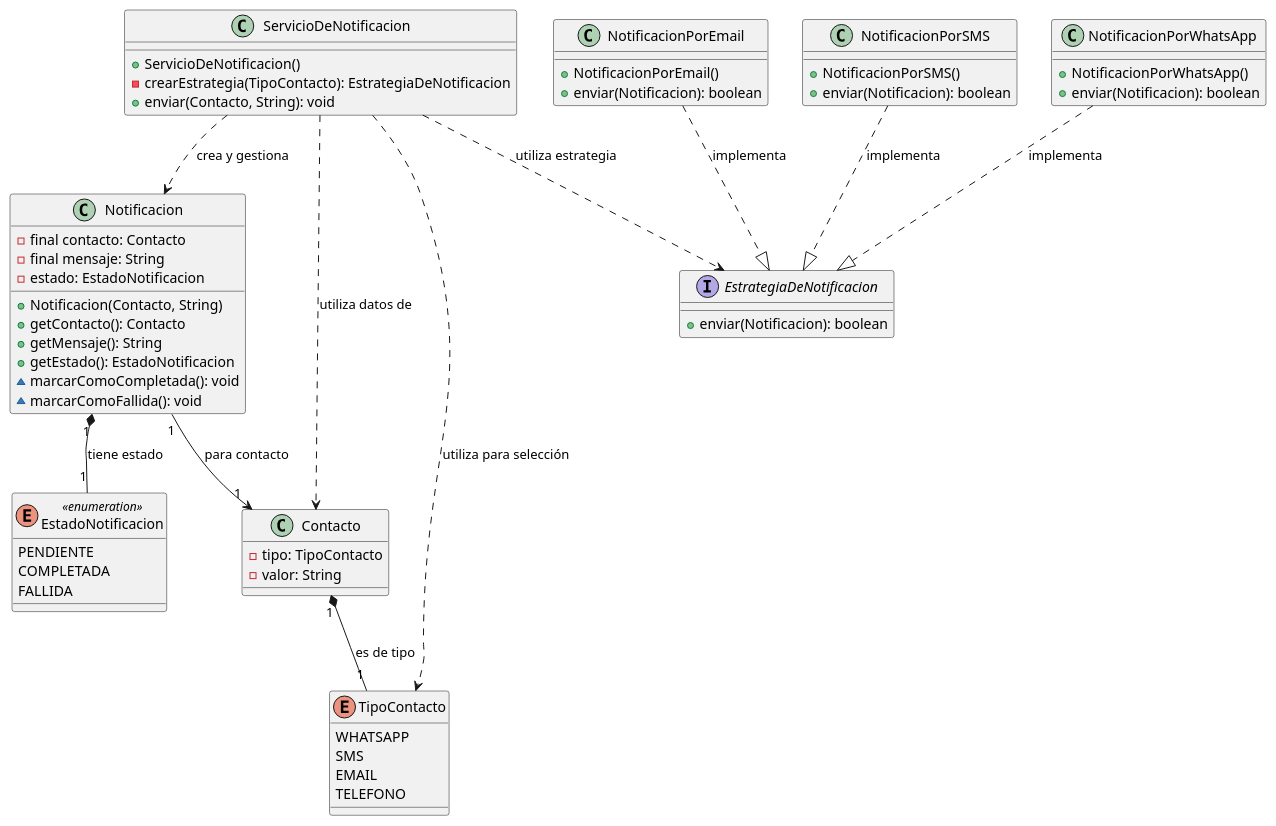
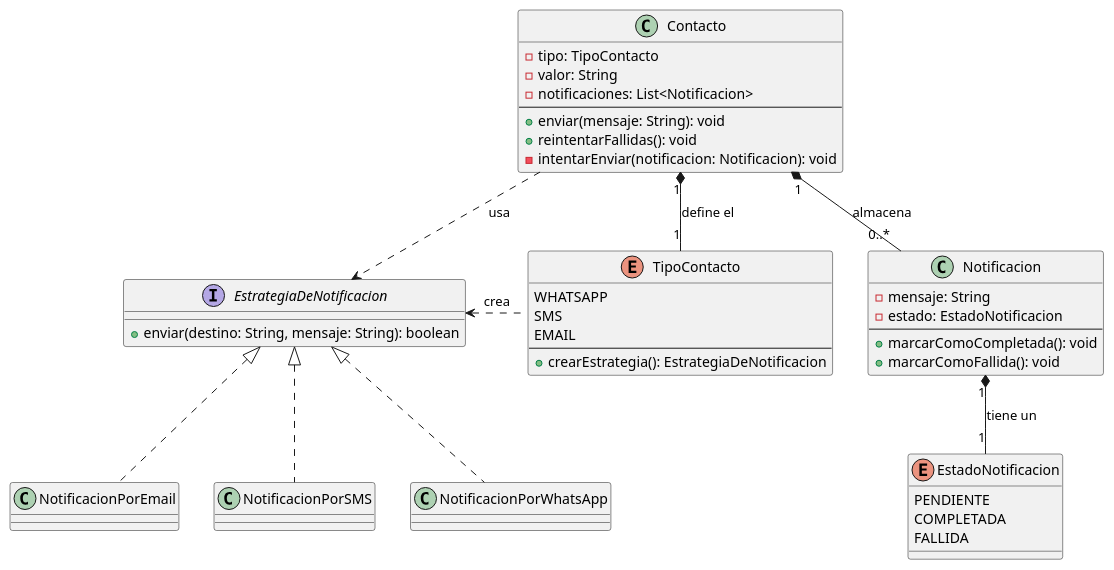
One commit to santiparis/dona-track changed the diagram in documentacion/entrega1/dc_notificacion.puml. Above: the diagram before and after it, drawn with PlantUML. The commit also changed 3 other files, not shown here.

Commit message:
Agrego diagramas

```diff
--- a/documentacion/entrega1/dc_notificacion.puml
+++ b/documentacion/entrega1/dc_notificacion.puml
@@ -1,73 +1,56 @@
 @startuml
 
+ class Contacto {
+     - tipo: TipoContacto
+     - valor: String
+     - notificaciones: List<Notificacion>
+     --
+     + enviar(mensaje: String): void
+     + reintentarFallidas(): void
+     - intentarEnviar(notificacion: Notificacion): void
+ }
 
+ enum TipoContacto {
+     WHATSAPP
+     SMS
+     EMAIL
+     --
+     + crearEstrategia(): EstrategiaDeNotificacion
+ }
+ enum EstadoNotificacion {
+     PENDIENTE
+     COMPLETADA
+     FALLIDA
+ }
 
-enum EstadoNotificacion << enumeration >> {
-  PENDIENTE
-  COMPLETADA
-  FALLIDA
-}
+ interface EstrategiaDeNotificacion {
+     + enviar(destino: String, mensaje: String): boolean
+ }
 
-interface EstrategiaDeNotificacion {
-  + enviar(Notificacion): boolean
-}
-class Notificacion {
-  - final contacto: Contacto
-  - final mensaje: String
-  - estado: EstadoNotificacion
-  + Notificacion(Contacto, String)
-  + getContacto(): Contacto
-  + getMensaje(): String
-  + getEstado(): EstadoNotificacion
-  ~ marcarComoCompletada(): void
-  ~ marcarComoFallida(): void
-}
-class NotificacionPorEmail {
-  + NotificacionPorEmail()
-  + enviar(Notificacion): boolean
-}
-class NotificacionPorSMS {
-  + NotificacionPorSMS()
-  + enviar(Notificacion): boolean
-}
-class NotificacionPorWhatsApp {
-  + NotificacionPorWhatsApp()
-  + enviar(Notificacion): boolean
-}
-class ServicioDeNotificacion {
-  + ServicioDeNotificacion()
-  - crearEstrategia(TipoContacto): EstrategiaDeNotificacion
-  + enviar(Contacto, String): void
-}
+ class Notificacion {
+     - mensaje: String
+     - estado: EstadoNotificacion
+     --
+     + marcarComoCompletada(): void
+     + marcarComoFallida(): void
+ }
 
-' Clases externas al paquete notificacion, pero con las que se relaciona
-class Contacto {
-  - tipo: TipoContacto
-  - valor: String
-  ' ... otros métodos y atributos no relevantes para esta vista ...
-}
-enum TipoContacto{
-  WHATSAPP
-  SMS
-  EMAIL
-  TELEFONO
-}
+ class NotificacionPorEmail
+ class NotificacionPorSMS
+ class NotificacionPorWhatsApp
 
-' Relaciones
+ ' Relaciones de Composición (Parte-Todo)
+ Contacto "1" *-- "1" TipoContacto : define el
+ Contacto "1" *-- "0..*" Notificacion : almacena
+ Notificacion "1" *-- "1" EstadoNotificacion : tiene un
 
-' Realizaciones (Implementaciones) de EstrategiaDeNotificacion
-NotificacionPorEmail      ..|>  EstrategiaDeNotificacion : implementa
-NotificacionPorSMS        ..|>  EstrategiaDeNotificacion : implementa
-NotificacionPorWhatsApp   ..|>  EstrategiaDeNotificacion : implementa
+ ' Relaciones de Dependencia (Uso)
+ Contacto ..> EstrategiaDeNotificacion : usa
+ TipoContacto .left.> EstrategiaDeNotificacion : crea
 
-' Asociaciones de Notificacion
-Notificacion "1" *-- "1" EstadoNotificacion : tiene estado
-Notificacion "1" --> "1" Contacto : para contacto
-Contacto "1" *-- "1" TipoContacto : es de tipo
+ ' Relaciones de Herencia (Implementación)
+ NotificacionPorEmail .up.|> EstrategiaDeNotificacion
+ NotificacionPorSMS .up.|> EstrategiaDeNotificacion
+ NotificacionPorWhatsApp .up.|> EstrategiaDeNotificacion
 
-' Dependencias de ServicioDeNotificacion
-ServicioDeNotificacion ..> EstrategiaDeNotificacion : utiliza estrategia
-ServicioDeNotificacion ..> Notificacion : crea y gestiona
-ServicioDeNotificacion ..> Contacto : utiliza datos de
-ServicioDeNotificacion ..> TipoContacto : utiliza para selección
-@enduml
+ @enduml
```
